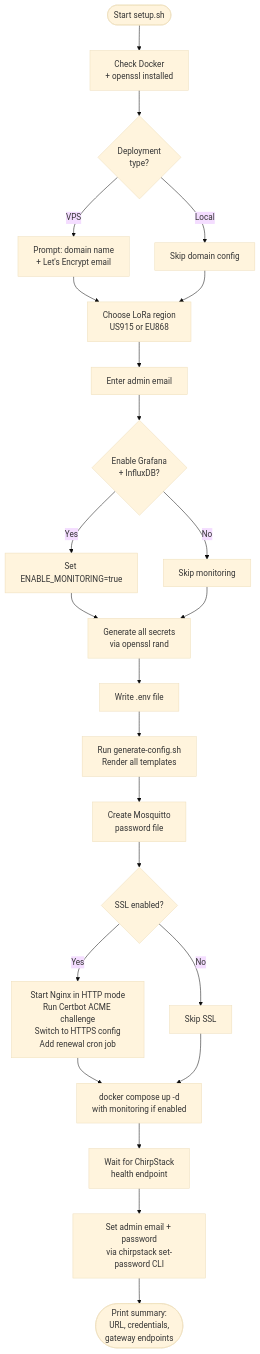
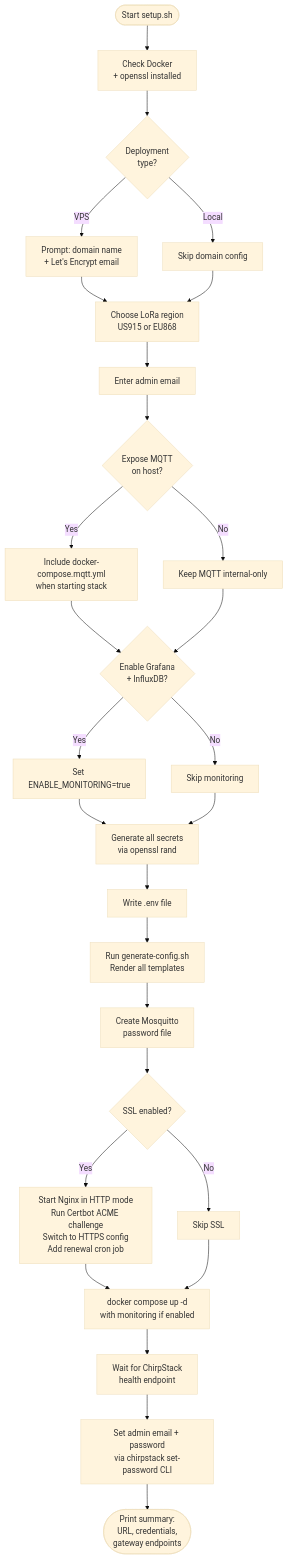
Before and after one commit to MachineSaver/chirpstack-deploy: the fourth of 5 diagrams in README.md, drawn with Mermaid (base theme). The commit also changed other lines of this file and 2 other files, not shown here.

````diff
--- a/README.md
+++ b/README.md
@@ -235,26 +238,30 @@
 ```mermaid
 flowchart TD
     A([Start setup.sh]) --> B[Check Docker\n+ openssl installed]
     B --> C{Deployment\ntype?}
     C -->|VPS| D[Prompt: domain name\n+ Let's Encrypt email]
     C -->|Local| E[Skip domain config]
     D --> F
     E --> F[Choose LoRa region\nUS915 or EU868]
     F --> G[Enter admin email]
-    G --> H{Enable Grafana\n+ InfluxDB?}
+    G --> V{Expose MQTT\non host?}
+    V -->|Yes| W[Include docker-compose.mqtt.yml\nwhen starting stack]
+    V -->|No| X[Keep MQTT internal-only]
+    W --> H{Enable Grafana\n+ InfluxDB?}
+    X --> H
     H -->|Yes| I[Set ENABLE_MONITORING=true]
     H -->|No| J[Skip monitoring]
     I --> K
     J --> K[Generate all secrets\nvia openssl rand]
     K --> L[Write .env file]
     L --> M[Run generate-config.sh\nRender all templates]
     M --> N[Create Mosquitto\npassword file]
     N --> O{SSL enabled?}
     O -->|Yes| P[Start Nginx in HTTP mode\nRun Certbot ACME challenge\nSwitch to HTTPS config\nAdd renewal cron job]
     O -->|No| Q[Skip SSL]
     P --> R
     Q --> R[docker compose up -d\nwith monitoring if enabled]
     R --> S[Wait for ChirpStack\nhealth endpoint]
     S --> U[Set admin email + password\nvia chirpstack set-password CLI]
     U --> T([Print summary:\nURL, credentials,\ngateway endpoints])
 ```
````
